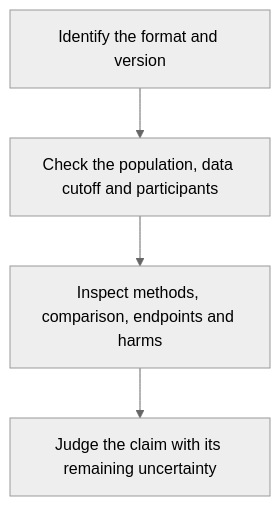
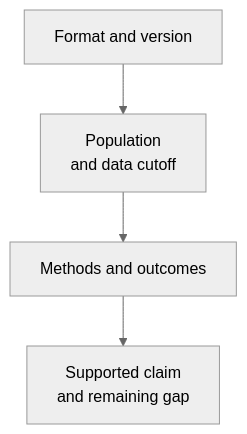
One commit to jasonLaster/oncoguide changed the diagram in wiki/education/concepts/evidence-and-statistics/study-design/abstract-vs-peer-reviewed.md. Above: the diagram before and after it, drawn with Mermaid (neutral theme). The commit also changed other lines of this file and 52 other files, not shown here.

````diff
--- a/wiki/education/concepts/evidence-and-statistics/study-design/abstract-vs-peer-reviewed.md
+++ b/wiki/education/concepts/evidence-and-statistics/study-design/abstract-vs-peer-reviewed.md
@@ -47,6 +47,6 @@
 ```mermaid
 flowchart TD
-  A["Identify the format and version"] --> B["Check the population, data cutoff and participants"]
-  B --> C["Inspect methods, comparison, endpoints and harms"]
-  C --> D["Judge the claim with its remaining uncertainty"]
+  A["Format and version"] --> B["Population<br/>and data cutoff"]
+  B --> C["Methods and outcomes"]
+  C --> D["Supported claim<br/>and remaining gap"]
 ```
````
